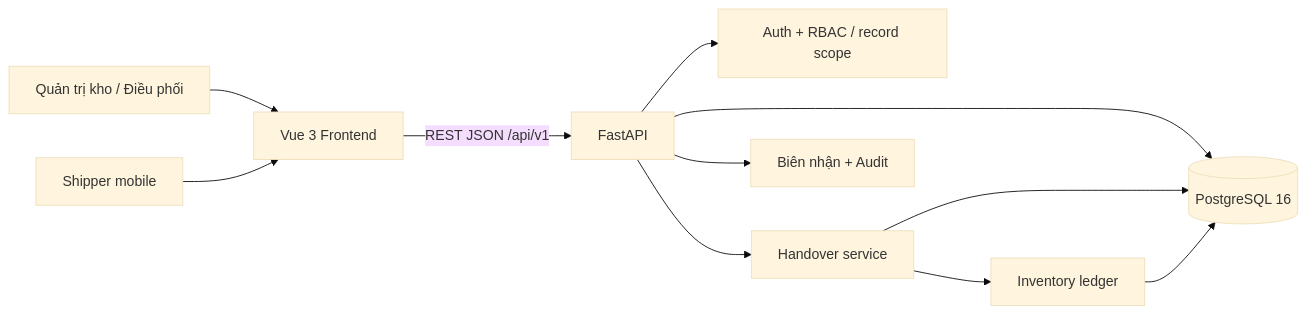
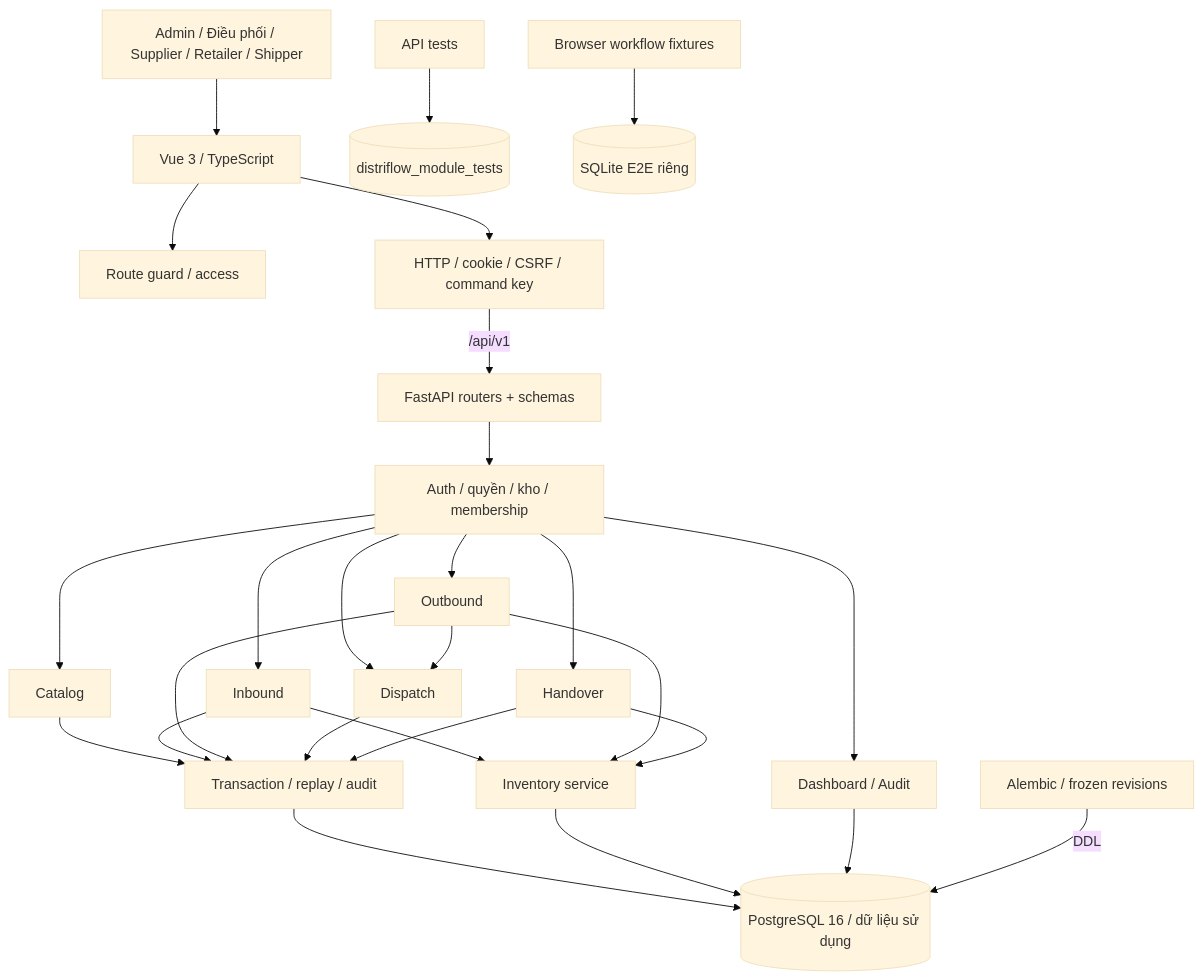
The first of 6 diagrams in README.md (nguyenvantoan25/warehouse-distribution-management-system), drawn with Mermaid (base theme) before and after one commit. The commit also changed other lines of this file and 138 other files, not shown here.

````diff
--- a/README.md
+++ b/README.md
@@ -25,13 +191,29 @@
-```mermaid
-flowchart LR
-  U[Quản trị kho / Điều phối] --> FE[Vue 3 Frontend]
-  S[Shipper mobile] --> FE
-  FE -->|REST JSON /api/v1| API[FastAPI]
-  API --> AUTH[Auth + RBAC / record scope]
-  API --> HANDOVER[Handover service]
-  HANDOVER --> INV[Inventory ledger]
-  API --> DB[(PostgreSQL 16)]
-  HANDOVER --> DB
-  INV --> DB
-  API --> DOC[Biên nhận + Audit]
-```
+~~~mermaid
+flowchart TB
+    U[Admin / Điều phối / Supplier / Retailer / Shipper] --> FE[Vue 3 / TypeScript]
+    FE --> RG[Route guard / access]
+    FE --> HTTP[HTTP / cookie / CSRF / command key]
+    HTTP -->|/api/v1| API[FastAPI routers + schemas]
+    API --> AUTH[Auth / quyền / kho / membership]
+    AUTH --> CAT[Catalog]
+    AUTH --> IN[Inbound]
+    AUTH --> OUT[Outbound]
+    AUTH --> DIS[Dispatch]
+    AUTH --> HAN[Handover]
+    AUTH --> PL[Dashboard / Audit]
+    OUT --> DIS
+    IN --> INV[Inventory service]
+    OUT --> INV
+    HAN --> INV
+    CAT --> CMD[Transaction / replay / audit]
+    IN --> CMD
+    OUT --> CMD
+    DIS --> CMD
+    HAN --> CMD
+    CMD --> PG[(PostgreSQL 16 / dữ liệu sử dụng)]
+    INV --> PG
+    PL --> PG
+    MIG[Alembic / frozen revisions] -->|DDL| PG
+    TEST[API tests] --> TPG[(distriflow_module_tests)]
+    E2E[Browser workflow fixtures] --> TS[(SQLite E2E riêng)]
+~~~
````
